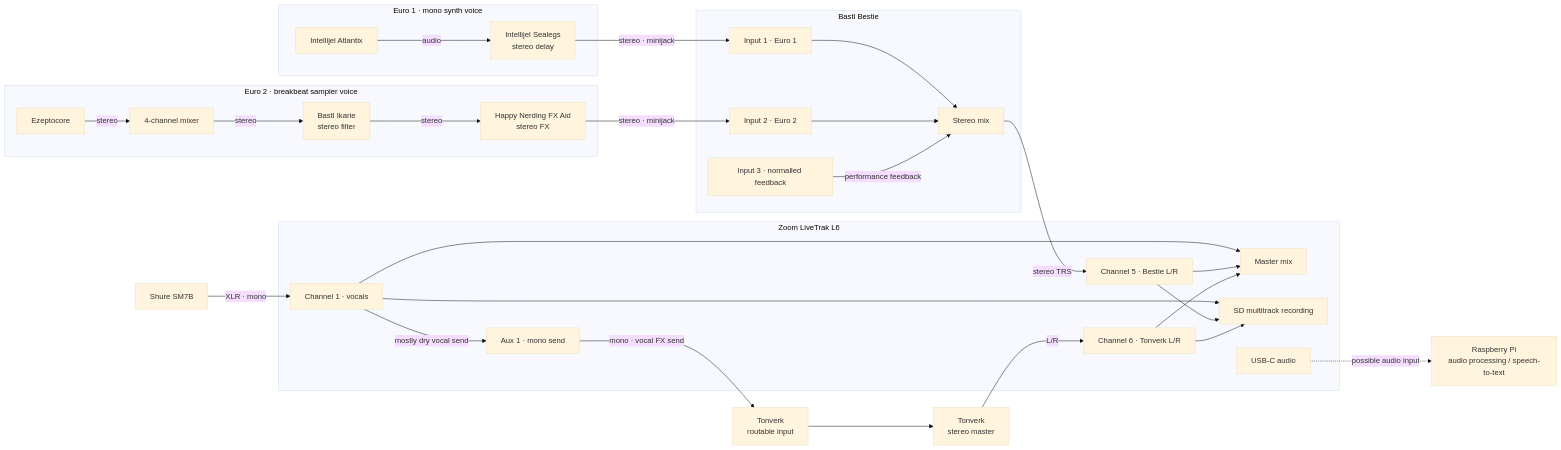
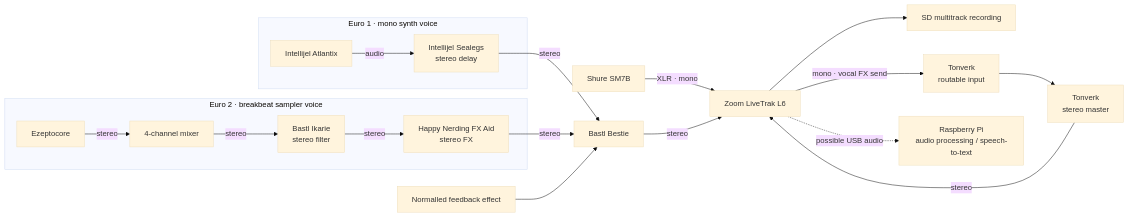
One commit to LeaveTheCapital/tda changed the first of 2 diagrams in docs/live-rig/audio-midi.md. Above: the diagram before and after it, drawn with Mermaid (base theme). The commit also changed other lines of this file and 1 other file, not shown here.

Commit message:
Simplify routing diagrams and add CME U6

````diff
--- a/docs/live-rig/audio-midi.md
+++ b/docs/live-rig/audio-midi.md
@@ -16,54 +16,34 @@
 ```mermaid
 flowchart LR
     subgraph EURO1["Euro 1 · mono synth voice"]
         ATLANTIX["Intellijel Atlantix"]
         SEALEGS["Intellijel Sealegs<br/>stereo delay"]
         ATLANTIX -->|audio| SEALEGS
     end
 
     subgraph EURO2["Euro 2 · breakbeat sampler voice"]
         EZE_AUDIO["Ezeptocore"]
         EURO2_MIX["4-channel mixer"]
         IKARIE["Bastl Ikarie<br/>stereo filter"]
         FX_AID["Happy Nerding FX Aid<br/>stereo FX"]
         EZE_AUDIO -->|stereo| EURO2_MIX
         EURO2_MIX -->|stereo| IKARIE
         IKARIE -->|stereo| FX_AID
     end
 
-    subgraph BESTIE["Bastl Bestie"]
-        BESTIE_IN1["Input 1 · Euro 1"]
-        BESTIE_IN2["Input 2 · Euro 2"]
-        BESTIE_IN3["Input 3 · normalled feedback"]
-        BESTIE_MIX["Stereo mix"]
-        BESTIE_IN1 --> BESTIE_MIX
-        BESTIE_IN2 --> BESTIE_MIX
-        BESTIE_IN3 -->|"performance feedback"| BESTIE_MIX
-    end
+    BESTIE["Bastl Bestie"]
+    BESTIE_FEEDBACK["Normalled feedback effect"]
+    ZOOM["Zoom LiveTrak L6"]
+    L6_SD["SD multitrack recording"]
 
-    subgraph ZOOM["Zoom LiveTrak L6"]
-        L6_CH1["Channel 1 · vocals"]
-        L6_CH5["Channel 5 · Bestie L/R"]
-        L6_CH6["Channel 6 · Tonverk L/R"]
-        L6_AUX1["Aux 1 · mono send"]
-        L6_MASTER["Master mix"]
-        L6_SD["SD multitrack recording"]
-        L6_USB["USB-C audio"]
-        L6_CH1 --> L6_MASTER
-        L6_CH5 --> L6_MASTER
-        L6_CH6 --> L6_MASTER
-        L6_CH1 -->|"mostly dry vocal send"| L6_AUX1
-        L6_CH1 --> L6_SD
-        L6_CH5 --> L6_SD
-        L6_CH6 --> L6_SD
-    end
-
-    SM7B["Shure SM7B"] -->|"XLR · mono"| L6_CH1
-    SEALEGS -->|"stereo · minijack"| BESTIE_IN1
-    FX_AID -->|"stereo · minijack"| BESTIE_IN2
-    BESTIE_MIX -->|"stereo TRS"| L6_CH5
-    TONVERK_AUDIO["Tonverk<br/>stereo master"] -->|"L/R"| L6_CH6
-    L6_AUX1 -->|"mono · vocal FX send"| TONVERK_INPUT["Tonverk<br/>routable input"]
+    SM7B["Shure SM7B"] -->|"XLR · mono"| ZOOM
+    SEALEGS -->|stereo| BESTIE
+    FX_AID -->|stereo| BESTIE
+    BESTIE_FEEDBACK --> BESTIE
+    BESTIE -->|stereo| ZOOM
+    TONVERK_AUDIO["Tonverk<br/>stereo master"] -->|stereo| ZOOM
+    ZOOM -->|"mono · vocal FX send"| TONVERK_INPUT["Tonverk<br/>routable input"]
     TONVERK_INPUT --> TONVERK_AUDIO
-    L6_USB -.->|"possible audio input"| PI_AUDIO["Raspberry Pi<br/>audio processing / speech-to-text"]
+    ZOOM --> L6_SD
+    ZOOM -.->|"possible USB audio"| PI_AUDIO["Raspberry Pi<br/>audio processing / speech-to-text"]
 ```
````
